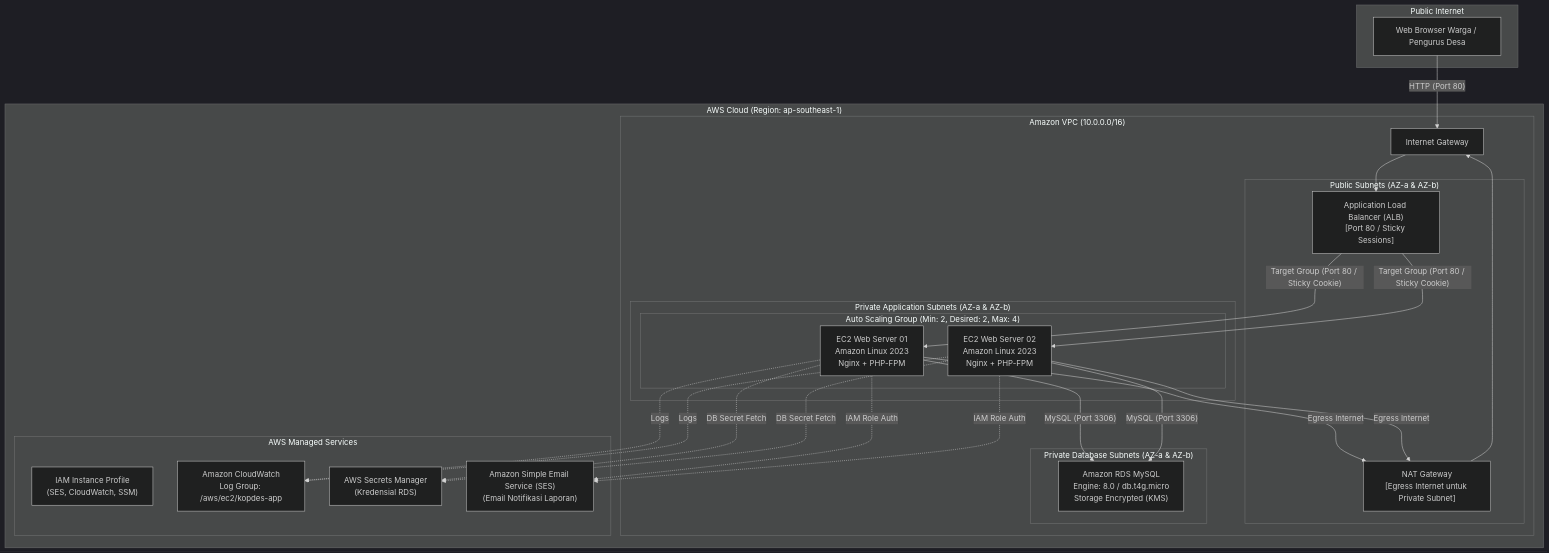
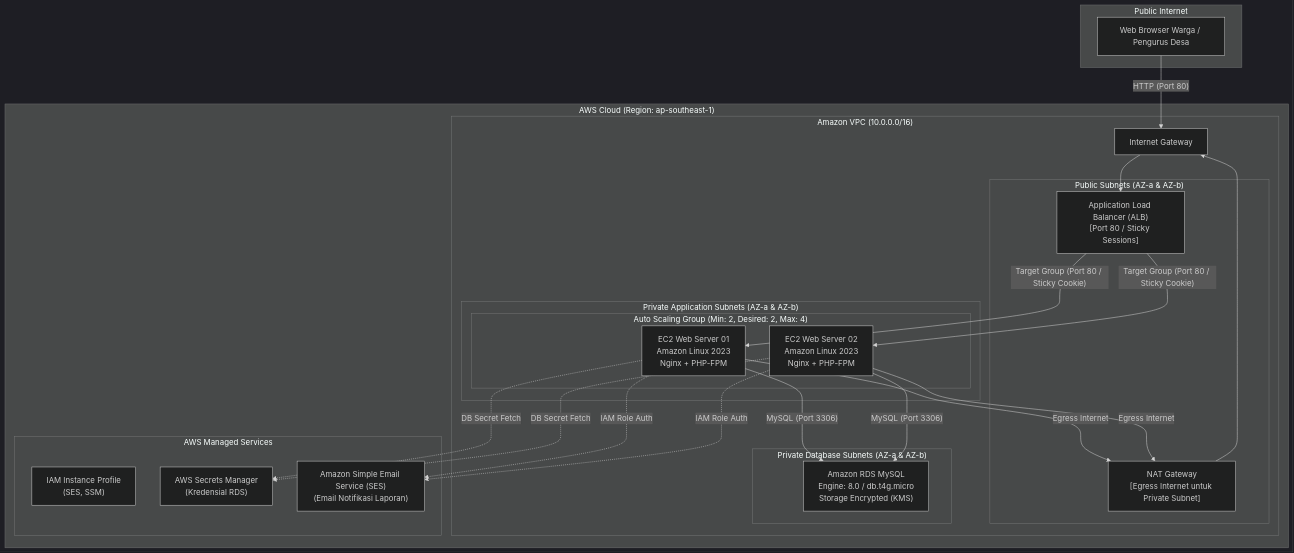
One commit to fendyramadhani9-cloud/terraform-ansible-automated-lab changed the diagram in README.md. Above: the diagram before and after it, drawn with Mermaid (dark theme). The commit also changed other lines of this file and 3 other files, not shown here.

Commit message:
chore: remove CloudWatch service and IAM logging permissions

````diff
--- a/README.md
+++ b/README.md
@@ -26,54 +26,51 @@
 ```mermaid
 flowchart TD
     subgraph Internet["Public Internet"]
         Client["Web Browser Warga / Pengurus Desa"]
     end
 
     subgraph AWS["AWS Cloud (Region: ap-southeast-1)"]
         subgraph VPC["Amazon VPC (10.0.0.0/16)"]
             IGW["Internet Gateway"]
 
             subgraph PublicSubnets["Public Subnets (AZ-a & AZ-b)"]
                 ALB["Application Load Balancer (ALB)\n[Port 80 / Sticky Sessions]"]
                 NATGW["NAT Gateway\n[Egress Internet untuk Private Subnet]"]
             end
 
             subgraph PrivateAppSubnets["Private Application Subnets (AZ-a & AZ-b)"]
                 subgraph ASG["Auto Scaling Group (Min: 2, Desired: 2, Max: 4)"]
                     EC2_A["EC2 Web Server 01\nAmazon Linux 2023\nNginx + PHP-FPM"]
                     EC2_B["EC2 Web Server 02\nAmazon Linux 2023\nNginx + PHP-FPM"]
                 end
             end
 
             subgraph PrivateDBSubnets["Private Database Subnets (AZ-a & AZ-b)"]
                 RDS["Amazon RDS MySQL\nEngine: 8.0 / db.t4g.micro\nStorage Encrypted (KMS)"]
             end
         end
 
         subgraph AWSServices["AWS Managed Services"]
-            IAM["IAM Instance Profile\n(SES, CloudWatch, SSM)"]
-            CW["Amazon CloudWatch\nLog Group: /aws/ec2/kopdes-app"]
+            IAM["IAM Instance Profile\n(SES, SSM)"]
             SEC["AWS Secrets Manager\n(Kredensial RDS)"]
             SES["Amazon Simple Email Service (SES)\n(Email Notifikasi Laporan)"]
         end
     end
 
     Client -->|"HTTP (Port 80)"| IGW
     IGW --> ALB
     ALB -->|"Target Group (Port 80 / Sticky Cookie)"| EC2_A
     ALB -->|"Target Group (Port 80 / Sticky Cookie)"| EC2_B
 
     EC2_A -->|"Egress Internet"| NATGW
     EC2_B -->|"Egress Internet"| NATGW
     NATGW --> IGW
 
     EC2_A -->|"MySQL (Port 3306)"| RDS
     EC2_B -->|"MySQL (Port 3306)"| RDS
 
     EC2_A -.->|"IAM Role Auth"| SES
     EC2_B -.->|"IAM Role Auth"| SES
-    EC2_A -.->|"Logs"| CW
-    EC2_B -.->|"Logs"| CW
     EC2_A -.->|"DB Secret Fetch"| SEC
     EC2_B -.->|"DB Secret Fetch"| SEC
 ```
````
